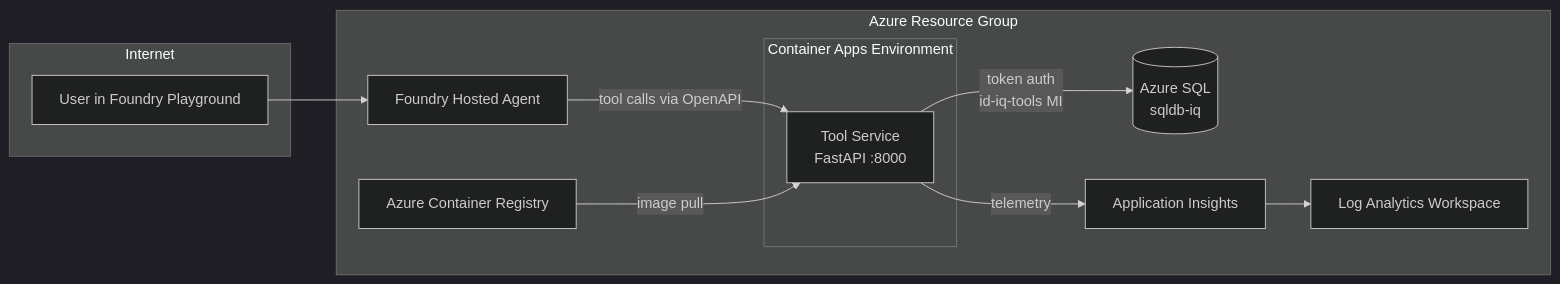
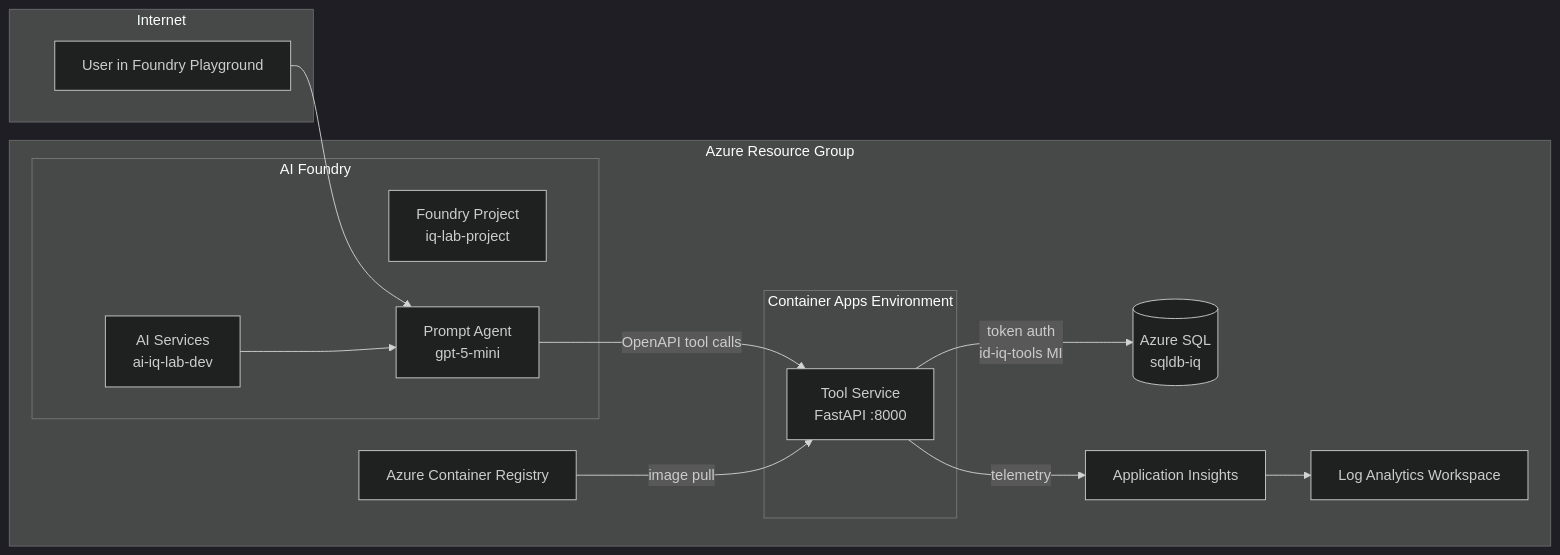
One commit to aionic/IQ-Workshop changed the first of 3 diagrams in docs/architecture.md. Above: the diagram before and after it, drawn with Mermaid (dark theme). The commit also changed other lines of this file and 6 other files, not shown here.

First line of the commit message:
refactor: prompt agent pattern, Python 3.12, Foundry project IaC

````diff
--- a/docs/architecture.md
+++ b/docs/architecture.md
@@ -21,24 +27,29 @@
 ```mermaid
 flowchart LR
   subgraph Internet
     U[User in Foundry Playground]
   end
 
   subgraph Azure["Azure Resource Group"]
-    A[Foundry Hosted Agent]
+    subgraph Foundry["AI Foundry"]
+      AIS[AI Services<br/>ai-iq-lab-dev]
+      PROJ[Foundry Project<br/>iq-lab-project]
+      PA[Prompt Agent<br/>gpt-5-mini]
+    end
     subgraph CAE["Container Apps Environment"]
       CA[Tool Service<br/>FastAPI :8000]
     end
     SQL[(Azure SQL<br/>sqldb-iq)]
     ACR[Azure Container Registry]
     AI[Application Insights]
     LA[Log Analytics Workspace]
   end
 
-  U --> A
-  A -->|tool calls via OpenAPI| CA
+  U --> PA
+  AIS --> PA
+  PA -->|OpenAPI tool calls| CA
   CA -->|token auth<br/>id-iq-tools MI| SQL
   CA -->|telemetry| AI
   AI --> LA
   ACR -->|image pull| CA
 ```
````
